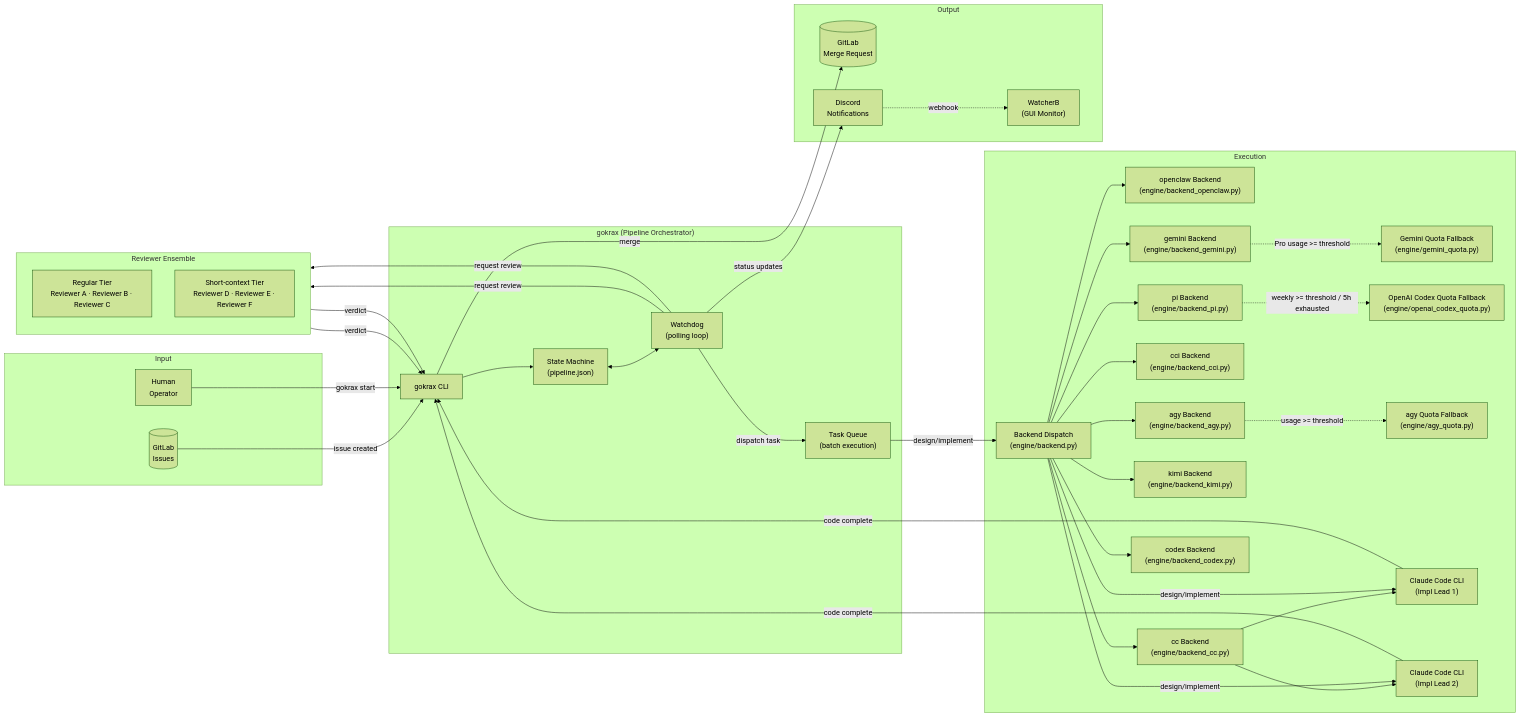
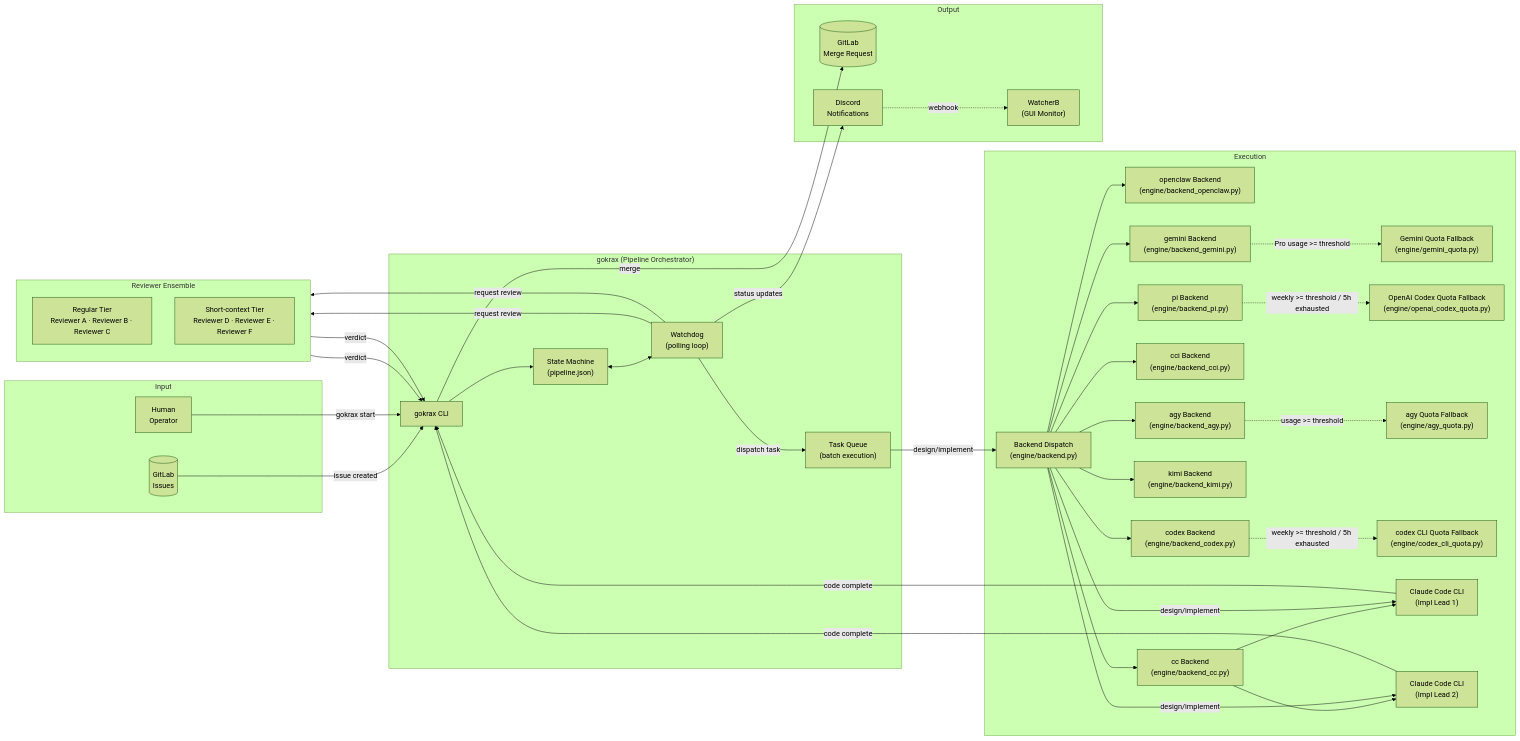
One commit to atakalive/gokrax changed the first of 6 diagrams in docs/architecture.md. Above: the diagram before and after it, drawn with Mermaid (forest theme). The commit also changed other lines of this file and 18 other files, not shown here.

Commit message:
feat: add quota fallback for codex backend. Closes #398

````diff
--- a/docs/architecture.md
+++ b/docs/architecture.md
@@ -7,74 +7,76 @@
 ```mermaid
 graph LR
     subgraph Input
         GL[("GitLab<br/>Issues")]
         Owner["Human<br/>Operator"]
     end
 
     subgraph gokrax["gokrax (Pipeline Orchestrator)"]
         CLI["gokrax CLI"]
         SM["State Machine<br/>(pipeline.json)"]
         WD["Watchdog<br/>(polling loop)"]
         TQ["Task Queue<br/>(batch execution)"]
     end
 
     subgraph Execution
         BD["Backend Dispatch<br/>(engine/backend.py)"]
         BE_OC["openclaw Backend<br/>(engine/backend_openclaw.py)"]
         BE_PI["pi Backend<br/>(engine/backend_pi.py)"]
         BE_CC["cc Backend<br/>(engine/backend_cc.py)"]
         BE_CCI["cci Backend<br/>(engine/backend_cci.py)"]
         BE_GM["gemini Backend<br/>(engine/backend_gemini.py)"]
         BE_KM["kimi Backend<br/>(engine/backend_kimi.py)"]
         BE_AGY["agy Backend<br/>(engine/backend_agy.py)"]
         BE_CX["codex Backend<br/>(engine/backend_codex.py)"]
         QF_GM["Gemini Quota Fallback<br/>(engine/gemini_quota.py)"]
         QF_CDX["OpenAI Codex Quota Fallback<br/>(engine/openai_codex_quota.py)"]
         QF_AGY["agy Quota Fallback<br/>(engine/agy_quota.py)"]
+        QF_CXC["codex CLI Quota Fallback<br/>(engine/codex_cli_quota.py)"]
         CC1["Claude Code CLI<br/>(Impl Lead 1)"]
         CC2["Claude Code CLI<br/>(Impl Lead 2)"]
         BD --> BE_OC
         BD --> BE_PI
         BD --> BE_CC
         BD --> BE_CCI
         BD --> BE_GM
         BD --> BE_KM
         BD --> BE_AGY
         BD --> BE_CX
         BE_PI -. weekly >= threshold / 5h exhausted .-> QF_CDX
         BE_GM -. Pro usage >= threshold .-> QF_GM
         BE_AGY -. usage >= threshold .-> QF_AGY
+        BE_CX -. weekly >= threshold / 5h exhausted .-> QF_CXC
         BE_CC --> CC1
         BE_CC --> CC2
     end
 
     subgraph Review["Reviewer Ensemble"]
         direction TB
         R_REG["Regular Tier<br/>Reviewer A · Reviewer B · Reviewer C"]
         R_SHORT["Short-context Tier<br/>Reviewer D · Reviewer E · Reviewer F"]
     end
 
     subgraph Output
         MR[("GitLab<br/>Merge Request")]
         DC["Discord<br/>Notifications"]
         WB["WatcherB<br/>(GUI Monitor)"]
     end
 
     GL -->|"issue created"| CLI
     Owner -->|"gokrax start"| CLI
     CLI --> SM
     SM <--> WD
     WD -->|"dispatch task"| TQ
     TQ -->|"design/implement"| BD
     BD -->|"design/implement"| CC1
     BD -->|"design/implement"| CC2
     WD -->|"request review"| R_REG
     WD -->|"request review"| R_SHORT
     R_REG -->|"verdict"| CLI
     R_SHORT -->|"verdict"| CLI
     CC1 -->|"code complete"| CLI
     CC2 -->|"code complete"| CLI
     CLI -->|"merge"| MR
     WD -->|"status updates"| DC
     DC -.->|"webhook"| WB
 ```
````
